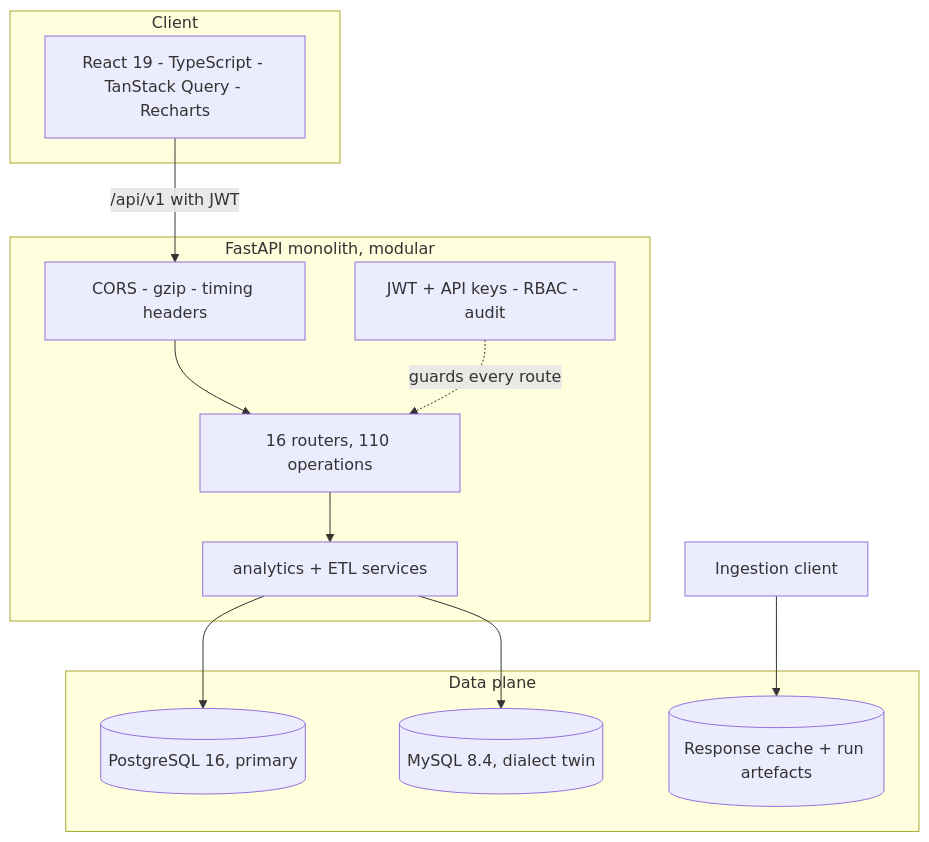
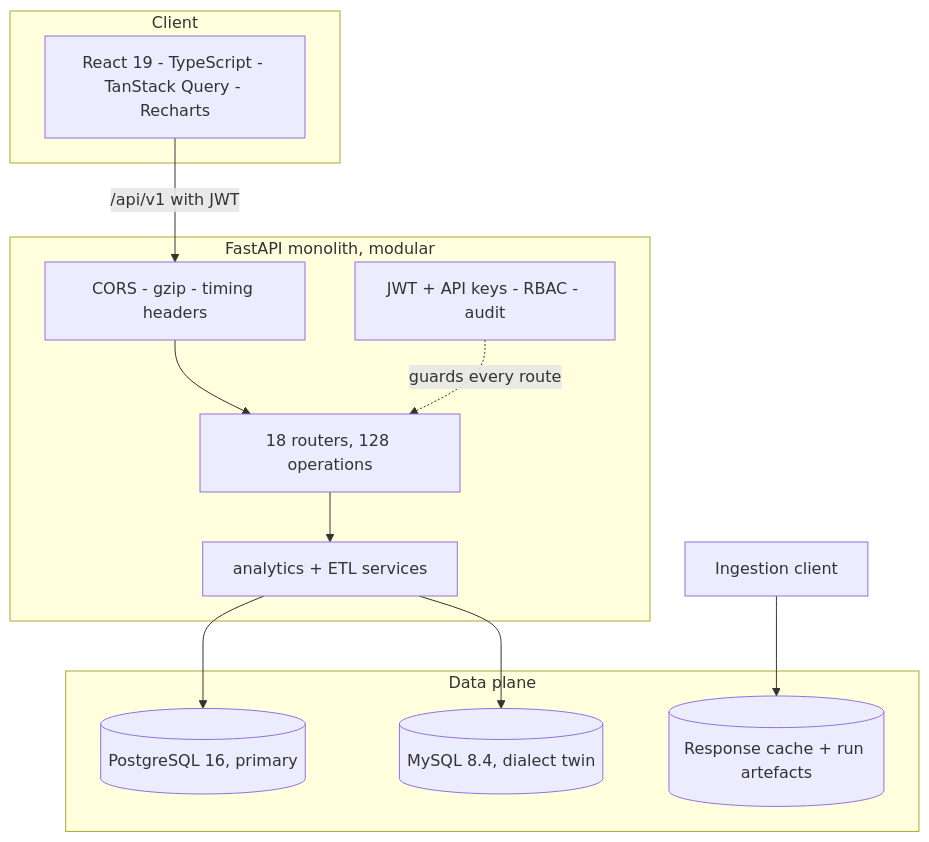
Before and after one commit to Ahmedbakr78/Web-to-Warehouse-Product-Intelligence-Pipeline: the third of 14 diagrams in README.md, drawn with Mermaid. The commit also changed other lines of this file and 5 other files, not shown here.

````diff
--- a/README.md
+++ b/README.md
@@ -328,22 +328,22 @@
 ```mermaid
 flowchart TB
     subgraph Browser["Client"]
         RE["React 19 - TypeScript - TanStack Query - Recharts"]
     end
     subgraph Server["FastAPI monolith, modular"]
         MW["CORS - gzip - timing headers"]
-        RT["16 routers, 110 operations"]
+        RT["18 routers, 128 operations"]
         SV["analytics + ETL services"]
         SEC["JWT + API keys - RBAC - audit"]
         MW --> RT --> SV
         SEC -.guards every route.-> RT
     end
     subgraph Data["Data plane"]
         PG[("PostgreSQL 16, primary")]
         MY[("MySQL 8.4, dialect twin")]
         FS[("Response cache + run artefacts")]
     end
     RE -->|"/api/v1 with JWT"| MW
     SV --> PG & MY
     HC2["Ingestion client"] --> FS
 ```
````
